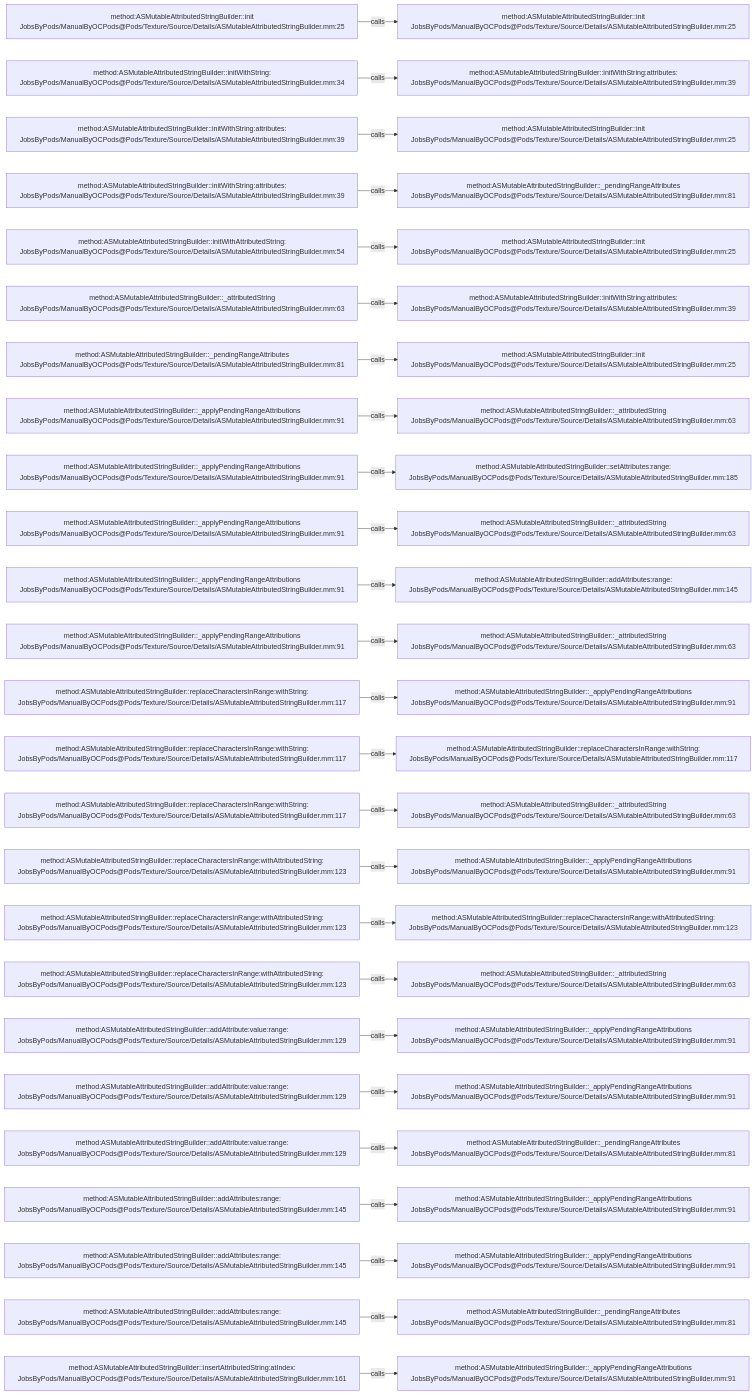
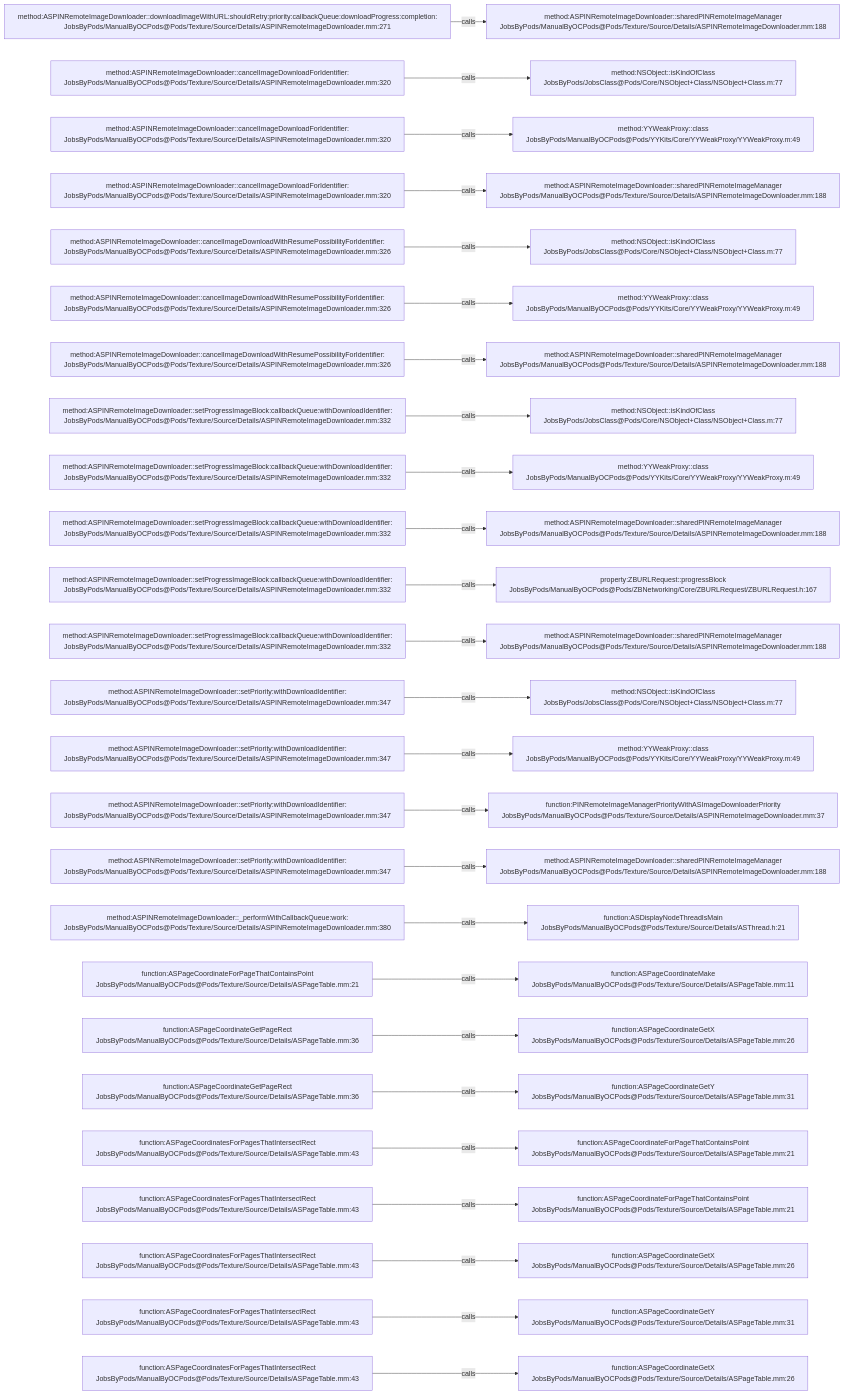
One commit to JobsKits/JobsOCBaseConfigDemo changed the diagram in .codegraph/codegraph.md/graphs/calls-160.md. Above: the diagram before and after it, drawn with Mermaid. The commit also changed 1353 other files, not shown here.

````diff
--- a/.codegraph/codegraph.md/graphs/calls-160.md
+++ b/.codegraph/codegraph.md/graphs/calls-160.md
@@ -13,78 +13,78 @@
 ```mermaid
 flowchart LR
-  S1["method:ASMutableAttributedStringBuilder::init<br/>JobsByPods/ManualByOCPods@Pods/Texture/Source/Details/ASMutableAttributedStringBuilder.mm:25"]
-  T1["method:ASMutableAttributedStringBuilder::init<br/>JobsByPods/ManualByOCPods@Pods/Texture/Source/Details/ASMutableAttributedStringBuilder.mm:25"]
+  S1["method:ASPINRemoteImageDownloader::downloadImageWithURL:shouldRetry:priority:callbackQueue:downloadProgress:completion:<br/>JobsByPods/ManualByOCPods@Pods/Texture/Source/Details/ASPINRemoteImageDownloader.mm:271"]
+  T1["method:ASPINRemoteImageDownloader::sharedPINRemoteImageManager<br/>JobsByPods/ManualByOCPods@Pods/Texture/Source/Details/ASPINRemoteImageDownloader.mm:188"]
   S1 -->|calls| T1
-  S2["method:ASMutableAttributedStringBuilder::initWithString:<br/>JobsByPods/ManualByOCPods@Pods/Texture/Source/Details/ASMutableAttributedStringBuilder.mm:34"]
-  T2["method:ASMutableAttributedStringBuilder::initWithString:attributes:<br/>JobsByPods/ManualByOCPods@Pods/Texture/Source/Details/ASMutableAttributedStringBuilder.mm:39"]
+  S2["method:ASPINRemoteImageDownloader::cancelImageDownloadForIdentifier:<br/>JobsByPods/ManualByOCPods@Pods/Texture/Source/Details/ASPINRemoteImageDownloader.mm:320"]
+  T2["method:NSObject::isKindOfClass<br/>JobsByPods/JobsClass@Pods/Core/NSObject+Class/NSObject+Class.m:77"]
   S2 -->|calls| T2
-  S3["method:ASMutableAttributedStringBuilder::initWithString:attributes:<br/>JobsByPods/ManualByOCPods@Pods/Texture/Source/Details/ASMutableAttributedStringBuilder.mm:39"]
-  T3["method:ASMutableAttributedStringBuilder::init<br/>JobsByPods/ManualByOCPods@Pods/Texture/Source/Details/ASMutableAttributedStringBuilder.mm:25"]
+  S3["method:ASPINRemoteImageDownloader::cancelImageDownloadForIdentifier:<br/>JobsByPods/ManualByOCPods@Pods/Texture/Source/Details/ASPINRemoteImageDownloader.mm:320"]
+  T3["method:YYWeakProxy::class<br/>JobsByPods/ManualByOCPods@Pods/YYKits/Core/YYWeakProxy/YYWeakProxy.m:49"]
   S3 -->|calls| T3
-  S4["method:ASMutableAttributedStringBuilder::initWithString:attributes:<br/>JobsByPods/ManualByOCPods@Pods/Texture/Source/Details/ASMutableAttributedStringBuilder.mm:39"]
-  T4["method:ASMutableAttributedStringBuilder::_pendingRangeAttributes<br/>JobsByPods/ManualByOCPods@Pods/Texture/Source/Details/ASMutableAttributedStringBuilder.mm:81"]
+  S4["method:ASPINRemoteImageDownloader::cancelImageDownloadForIdentifier:<br/>JobsByPods/ManualByOCPods@Pods/Texture/Source/Details/ASPINRemoteImageDownloader.mm:320"]
+  T4["method:ASPINRemoteImageDownloader::sharedPINRemoteImageManager<br/>JobsByPods/ManualByOCPods@Pods/Texture/Source/Details/ASPINRemoteImageDownloader.mm:188"]
   S4 -->|calls| T4
-  S5["method:ASMutableAttributedStringBuilder::initWithAttributedString:<br/>JobsByPods/ManualByOCPods@Pods/Texture/Source/Details/ASMutableAttributedStringBuilder.mm:54"]
-  T5["method:ASMutableAttributedStringBuilder::init<br/>JobsByPods/ManualByOCPods@Pods/Texture/Source/Details/ASMutableAttributedStringBuilder.mm:25"]
+  S5["method:ASPINRemoteImageDownloader::cancelImageDownloadWithResumePossibilityForIdentifier:<br/>JobsByPods/ManualByOCPods@Pods/Texture/Source/Details/ASPINRemoteImageDownloader.mm:326"]
+  T5["method:NSObject::isKindOfClass<br/>JobsByPods/JobsClass@Pods/Core/NSObject+Class/NSObject+Class.m:77"]
   S5 -->|calls| T5
-  S6["method:ASMutableAttributedStringBuilder::_attributedString<br/>JobsByPods/ManualByOCPods@Pods/Texture/Source/Details/ASMutableAttributedStringBuilder.mm:63"]
-  T6["method:ASMutableAttributedStringBuilder::initWithString:attributes:<br/>JobsByPods/ManualByOCPods@Pods/Texture/Source/Details/ASMutableAttributedStringBuilder.mm:39"]
+  S6["method:ASPINRemoteImageDownloader::cancelImageDownloadWithResumePossibilityForIdentifier:<br/>JobsByPods/ManualByOCPods@Pods/Texture/Source/Details/ASPINRemoteImageDownloader.mm:326"]
+  T6["method:YYWeakProxy::class<br/>JobsByPods/ManualByOCPods@Pods/YYKits/Core/YYWeakProxy/YYWeakProxy.m:49"]
   S6 -->|calls| T6
-  S7["method:ASMutableAttributedStringBuilder::_pendingRangeAttributes<br/>JobsByPods/ManualByOCPods@Pods/Texture/Source/Details/ASMutableAttributedStringBuilder.mm:81"]
-  T7["method:ASMutableAttributedStringBuilder::init<br/>JobsByPods/ManualByOCPods@Pods/Texture/Source/Details/ASMutableAttributedStringBuilder.mm:25"]
+  S7["method:ASPINRemoteImageDownloader::cancelImageDownloadWithResumePossibilityForIdentifier:<br/>JobsByPods/ManualByOCPods@Pods/Texture/Source/Details/ASPINRemoteImageDownloader.mm:326"]
+  T7["method:ASPINRemoteImageDownloader::sharedPINRemoteImageManager<br/>JobsByPods/ManualByOCPods@Pods/Texture/Source/Details/ASPINRemoteImageDownloader.mm:188"]
   S7 -->|calls| T7
-  S8["method:ASMutableAttributedStringBuilder::_applyPendingRangeAttributions<br/>JobsByPods/ManualByOCPods@Pods/Texture/Source/Details/ASMutableAttributedStringBuilder.mm:91"]
-  T8["method:ASMutableAttributedStringBuilder::_attributedString<br/>JobsByPods/ManualByOCPods@Pods/Texture/Source/Details/ASMutableAttributedStringBuilder.mm:63"]
+  S8["method:ASPINRemoteImageDownloader::setProgressImageBlock:callbackQueue:withDownloadIdentifier:<br/>JobsByPods/ManualByOCPods@Pods/Texture/Source/Details/ASPINRemoteImageDownloader.mm:332"]
+  T8["method:NSObject::isKindOfClass<br/>JobsByPods/JobsClass@Pods/Core/NSObject+Class/NSObject+Class.m:77"]
   S8 -->|calls| T8
-  S9["method:ASMutableAttributedStringBuilder::_applyPendingRangeAttributions<br/>JobsByPods/ManualByOCPods@Pods/Texture/Source/Details/ASMutableAttributedStringBuilder.mm:91"]
-  T9["method:ASMutableAttributedStringBuilder::setAttributes:range:<br/>JobsByPods/ManualByOCPods@Pods/Texture/Source/Details/ASMutableAttributedStringBuilder.mm:185"]
+  S9["method:ASPINRemoteImageDownloader::setProgressImageBlock:callbackQueue:withDownloadIdentifier:<br/>JobsByPods/ManualByOCPods@Pods/Texture/Source/Details/ASPINRemoteImageDownloader.mm:332"]
+  T9["method:YYWeakProxy::class<br/>JobsByPods/ManualByOCPods@Pods/YYKits/Core/YYWeakProxy/YYWeakProxy.m:49"]
   S9 -->|calls| T9
-  S10["method:ASMutableAttributedStringBuilder::_applyPendingRangeAttributions<br/>JobsByPods/ManualByOCPods@Pods/Texture/Source/Details/ASMutableAttributedStringBuilder.mm:91"]
-  T10["method:ASMutableAttributedStringBuilder::_attributedString<br/>JobsByPods/ManualByOCPods@Pods/Texture/Source/Details/ASMutableAttributedStringBuilder.mm:63"]
+  S10["method:ASPINRemoteImageDownloader::setProgressImageBlock:callbackQueue:withDownloadIdentifier:<br/>JobsByPods/ManualByOCPods@Pods/Texture/Source/Details/ASPINRemoteImageDownloader.mm:332"]
+  T10["method:ASPINRemoteImageDownloader::sharedPINRemoteImageManager<br/>JobsByPods/ManualByOCPods@Pods/Texture/Source/Details/ASPINRemoteImageDownloader.mm:188"]
   S10 -->|calls| T10
-  S11["method:ASMutableAttributedStringBuilder::_applyPendingRangeAttributions<br/>JobsByPods/ManualByOCPods@Pods/Texture/Source/Details/ASMutableAttributedStringBuilder.mm:91"]
-  T11["method:ASMutableAttributedStringBuilder::addAttributes:range:<br/>JobsByPods/ManualByOCPods@Pods/Texture/Source/Details/ASMutableAttributedStringBuilder.mm:145"]
+  S11["method:ASPINRemoteImageDownloader::setProgressImageBlock:callbackQueue:withDownloadIdentifier:<br/>JobsByPods/ManualByOCPods@Pods/Texture/Source/Details/ASPINRemoteImageDownloader.mm:332"]
+  T11["property:ZBURLRequest::progressBlock<br/>JobsByPods/ManualByOCPods@Pods/ZBNetworking/Core/ZBURLRequest/ZBURLRequest.h:167"]
   S11 -->|calls| T11
-  S12["method:ASMutableAttributedStringBuilder::_applyPendingRangeAttributions<br/>JobsByPods/ManualByOCPods@Pods/Texture/Source/Details/ASMutableAttributedStringBuilder.mm:91"]
-  T12["method:ASMutableAttributedStringBuilder::_attributedString<br/>JobsByPods/ManualByOCPods@Pods/Texture/Source/Details/ASMutableAttributedStringBuilder.mm:63"]
+  S12["method:ASPINRemoteImageDownloader::setProgressImageBlock:callbackQueue:withDownloadIdentifier:<br/>JobsByPods/ManualByOCPods@Pods/Texture/Source/Details/ASPINRemoteImageDownloader.mm:332"]
+  T12["method:ASPINRemoteImageDownloader::sharedPINRemoteImageManager<br/>JobsByPods/ManualByOCPods@Pods/Texture/Source/Details/ASPINRemoteImageDownloader.mm:188"]
   S12 -->|calls| T12
-  S13["method:ASMutableAttributedStringBuilder::replaceCharactersInRange:withString:<br/>JobsByPods/ManualByOCPods@Pods/Texture/Source/Details/ASMutableAttributedStringBuilder.mm:117"]
-  T13["method:ASMutableAttributedStringBuilder::_applyPendingRangeAttributions<br/>JobsByPods/ManualByOCPods@Pods/Texture/Source/Details/ASMutableAttributedStringBuilder.mm:91"]
+  S13["method:ASPINRemoteImageDownloader::setPriority:withDownloadIdentifier:<br/>JobsByPods/ManualByOCPods@Pods/Texture/Source/Details/ASPINRemoteImageDownloader.mm:347"]
+  T13["method:NSObject::isKindOfClass<br/>JobsByPods/JobsClass@Pods/Core/NSObject+Class/NSObject+Class.m:77"]
   S13 -->|calls| T13
-  S14["method:ASMutableAttributedStringBuilder::replaceCharactersInRange:withString:<br/>JobsByPods/ManualByOCPods@Pods/Texture/Source/Details/ASMutableAttributedStringBuilder.mm:117"]
-  T14["method:ASMutableAttributedStringBuilder::replaceCharactersInRange:withString:<br/>JobsByPods/ManualByOCPods@Pods/Texture/Source/Details/ASMutableAttributedStringBuilder.mm:117"]
+  S14["method:ASPINRemoteImageDownloader::setPriority:withDownloadIdentifier:<br/>JobsByPods/ManualByOCPods@Pods/Texture/Source/Details/ASPINRemoteImageDownloader.mm:347"]
+  T14["method:YYWeakProxy::class<br/>JobsByPods/ManualByOCPods@Pods/YYKits/Core/YYWeakProxy/YYWeakProxy.m:49"]
   S14 -->|calls| T14
-  S15["method:ASMutableAttributedStringBuilder::replaceCharactersInRange:withString:<br/>JobsByPods/ManualByOCPods@Pods/Texture/Source/Details/ASMutableAttributedStringBuilder.mm:117"]
-  T15["method:ASMutableAttributedStringBuilder::_attributedString<br/>JobsByPods/ManualByOCPods@Pods/Texture/Source/Details/ASMutableAttributedStringBuilder.mm:63"]
+  S15["method:ASPINRemoteImageDownloader::setPriority:withDownloadIdentifier:<br/>JobsByPods/ManualByOCPods@Pods/Texture/Source/Details/ASPINRemoteImageDownloader.mm:347"]
+  T15["function:PINRemoteImageManagerPriorityWithASImageDownloaderPriority<br/>JobsByPods/ManualByOCPods@Pods/Texture/Source/Details/ASPINRemoteImageDownloader.mm:37"]
   S15 -->|calls| T15
-  S16["method:ASMutableAttributedStringBuilder::replaceCharactersInRange:withAttributedString:<br/>JobsByPods/ManualByOCPods@Pods/Texture/Source/Details/ASMutableAttributedStringBuilder.mm:123"]
-  T16["method:ASMutableAttributedStringBuilder::_applyPendingRangeAttributions<br/>JobsByPods/ManualByOCPods@Pods/Texture/Source/Details/ASMutableAttributedStringBuilder.mm:91"]
+  S16["method:ASPINRemoteImageDownloader::setPriority:withDownloadIdentifier:<br/>JobsByPods/ManualByOCPods@Pods/Texture/Source/Details/ASPINRemoteImageDownloader.mm:347"]
+  T16["method:ASPINRemoteImageDownloader::sharedPINRemoteImageManager<br/>JobsByPods/ManualByOCPods@Pods/Texture/Source/Details/ASPINRemoteImageDownloader.mm:188"]
   S16 -->|calls| T16
-  S17["method:ASMutableAttributedStringBuilder::replaceCharactersInRange:withAttributedString:<br/>JobsByPods/ManualByOCPods@Pods/Texture/Source/Details/ASMutableAttributedStringBuilder.mm:123"]
-  T17["method:ASMutableAttributedStringBuilder::replaceCharactersInRange:withAttributedString:<br/>JobsByPods/ManualByOCPods@Pods/Texture/Source/Details/ASMutableAttributedStringBuilder.mm:123"]
+  S17["method:ASPINRemoteImageDownloader::_performWithCallbackQueue:work:<br/>JobsByPods/ManualByOCPods@Pods/Texture/Source/Details/ASPINRemoteImageDownloader.mm:380"]
+  T17["function:ASDisplayNodeThreadIsMain<br/>JobsByPods/ManualByOCPods@Pods/Texture/Source/Details/ASThread.h:21"]
   S17 -->|calls| T17
-  S18["method:ASMutableAttributedStringBuilder::replaceCharactersInRange:withAttributedString:<br/>JobsByPods/ManualByOCPods@Pods/Texture/Source/Details/ASMutableAttributedStringBuilder.mm:123"]
-  T18["method:ASMutableAttributedStringBuilder::_attributedString<br/>JobsByPods/ManualByOCPods@Pods/Texture/Source/Details/ASMutableAttributedStringBuilder.mm:63"]
+  S18["function:ASPageCoordinateForPageThatContainsPoint<br/>JobsByPods/ManualByOCPods@Pods/Texture/Source/Details/ASPageTable.mm:21"]
+  T18["function:ASPageCoordinateMake<br/>JobsByPods/ManualByOCPods@Pods/Texture/Source/Details/ASPageTable.mm:11"]
   S18 -->|calls| T18
-  S19["method:ASMutableAttributedStringBuilder::addAttribute:value:range:<br/>JobsByPods/ManualByOCPods@Pods/Texture/Source/Details/ASMutableAttributedStringBuilder.mm:129"]
-  T19["method:ASMutableAttributedStringBuilder::_applyPendingRangeAttributions<br/>JobsByPods/ManualByOCPods@Pods/Texture/Source/Details/ASMutableAttributedStringBuilder.mm:91"]
+  S19["function:ASPageCoordinateGetPageRect<br/>JobsByPods/ManualByOCPods@Pods/Texture/Source/Details/ASPageTable.mm:36"]
+  T19["function:ASPageCoordinateGetX<br/>JobsByPods/ManualByOCPods@Pods/Texture/Source/Details/ASPageTable.mm:26"]
   S19 -->|calls| T19
-  S20["method:ASMutableAttributedStringBuilder::addAttribute:value:range:<br/>JobsByPods/ManualByOCPods@Pods/Texture/Source/Details/ASMutableAttributedStringBuilder.mm:129"]
-  T20["method:ASMutableAttributedStringBuilder::_applyPendingRangeAttributions<br/>JobsByPods/ManualByOCPods@Pods/Texture/Source/Details/ASMutableAttributedStringBuilder.mm:91"]
+  S20["function:ASPageCoordinateGetPageRect<br/>JobsByPods/ManualByOCPods@Pods/Texture/Source/Details/ASPageTable.mm:36"]
+  T20["function:ASPageCoordinateGetY<br/>JobsByPods/ManualByOCPods@Pods/Texture/Source/Details/ASPageTable.mm:31"]
   S20 -->|calls| T20
-  S21["method:ASMutableAttributedStringBuilder::addAttribute:value:range:<br/>JobsByPods/ManualByOCPods@Pods/Texture/Source/Details/ASMutableAttributedStringBuilder.mm:129"]
-  T21["method:ASMutableAttributedStringBuilder::_pendingRangeAttributes<br/>JobsByPods/ManualByOCPods@Pods/Texture/Source/Details/ASMutableAttributedStringBuilder.mm:81"]
+  S21["function:ASPageCoordinatesForPagesThatIntersectRect<br/>JobsByPods/ManualByOCPods@Pods/Texture/Source/Details/ASPageTable.mm:43"]
+  T21["function:ASPageCoordinateForPageThatContainsPoint<br/>JobsByPods/ManualByOCPods@Pods/Texture/Source/Details/ASPageTable.mm:21"]
   S21 -->|calls| T21
-  S22["method:ASMutableAttributedStringBuilder::addAttributes:range:<br/>JobsByPods/ManualByOCPods@Pods/Texture/Source/Details/ASMutableAttributedStringBuilder.mm:145"]
-  T22["method:ASMutableAttributedStringBuilder::_applyPendingRangeAttributions<br/>JobsByPods/ManualByOCPods@Pods/Texture/Source/Details/ASMutableAttributedStringBuilder.mm:91"]
+  S22["function:ASPageCoordinatesForPagesThatIntersectRect<br/>JobsByPods/ManualByOCPods@Pods/Texture/Source/Details/ASPageTable.mm:43"]
+  T22["function:ASPageCoordinateForPageThatContainsPoint<br/>JobsByPods/ManualByOCPods@Pods/Texture/Source/Details/ASPageTable.mm:21"]
   S22 -->|calls| T22
-  S23["method:ASMutableAttributedStringBuilder::addAttributes:range:<br/>JobsByPods/ManualByOCPods@Pods/Texture/Source/Details/ASMutableAttributedStringBuilder.mm:145"]
-  T23["method:ASMutableAttributedStringBuilder::_applyPendingRangeAttributions<br/>JobsByPods/ManualByOCPods@Pods/Texture/Source/Details/ASMutableAttributedStringBuilder.mm:91"]
+  S23["function:ASPageCoordinatesForPagesThatIntersectRect<br/>JobsByPods/ManualByOCPods@Pods/Texture/Source/Details/ASPageTable.mm:43"]
+  T23["function:ASPageCoordinateGetX<br/>JobsByPods/ManualByOCPods@Pods/Texture/Source/Details/ASPageTable.mm:26"]
   S23 -->|calls| T23
-  S24["method:ASMutableAttributedStringBuilder::addAttributes:range:<br/>JobsByPods/ManualByOCPods@Pods/Texture/Source/Details/ASMutableAttributedStringBuilder.mm:145"]
-  T24["method:ASMutableAttributedStringBuilder::_pendingRangeAttributes<br/>JobsByPods/ManualByOCPods@Pods/Texture/Source/Details/ASMutableAttributedStringBuilder.mm:81"]
+  S24["function:ASPageCoordinatesForPagesThatIntersectRect<br/>JobsByPods/ManualByOCPods@Pods/Texture/Source/Details/ASPageTable.mm:43"]
+  T24["function:ASPageCoordinateGetY<br/>JobsByPods/ManualByOCPods@Pods/Texture/Source/Details/ASPageTable.mm:31"]
   S24 -->|calls| T24
-  S25["method:ASMutableAttributedStringBuilder::insertAttributedString:atIndex:<br/>JobsByPods/ManualByOCPods@Pods/Texture/Source/Details/ASMutableAttributedStringBuilder.mm:161"]
-  T25["method:ASMutableAttributedStringBuilder::_applyPendingRangeAttributions<br/>JobsByPods/ManualByOCPods@Pods/Texture/Source/Details/ASMutableAttributedStringBuilder.mm:91"]
+  S25["function:ASPageCoordinatesForPagesThatIntersectRect<br/>JobsByPods/ManualByOCPods@Pods/Texture/Source/Details/ASPageTable.mm:43"]
+  T25["function:ASPageCoordinateGetX<br/>JobsByPods/ManualByOCPods@Pods/Texture/Source/Details/ASPageTable.mm:26"]
   S25 -->|calls| T25
 ```
````
